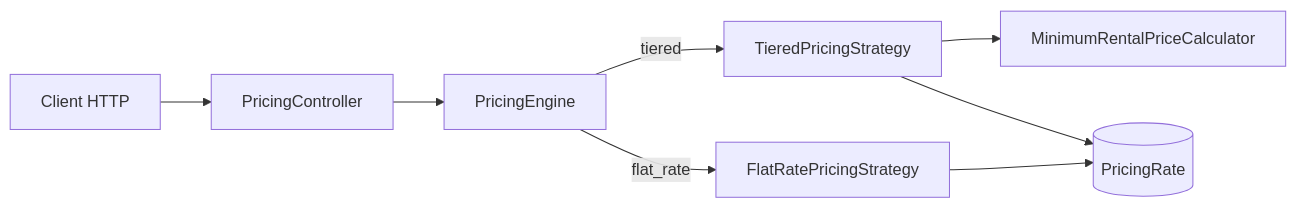
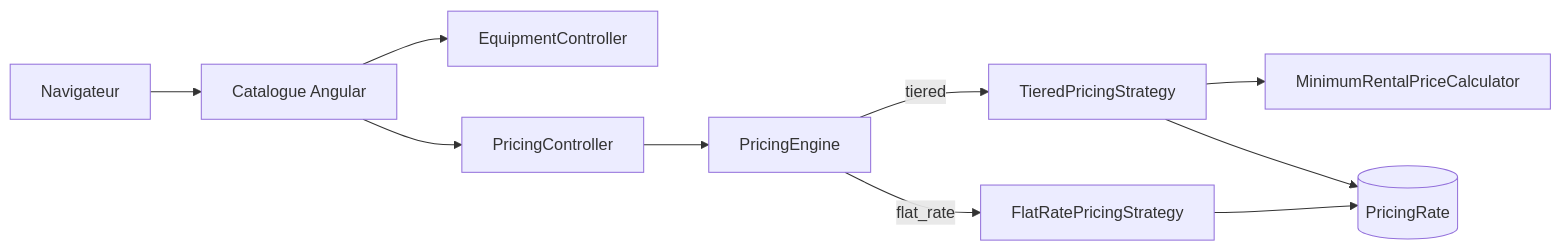
Before and after one commit to nicolasstrady/RentalPricingEngine: the diagram in README.md, drawn with Mermaid. The commit also changed other lines of this file and 45 other files, not shown here.

Commit message:
feat(frontend): add Angular rental catalogue

````diff
--- a/README.md
+++ b/README.md
@@ -112,10 +138,12 @@
 ```mermaid
 flowchart LR
-    Client[Client HTTP] --> Controller[PricingController]
+    Browser[Navigateur] --> Angular[Catalogue Angular]
+    Angular --> EquipmentController[EquipmentController]
+    Angular --> Controller[PricingController]
     Controller --> Engine[PricingEngine]
     Engine -->|tiered| Tiered[TieredPricingStrategy]
     Engine -->|flat_rate| Flat[FlatRatePricingStrategy]
     Tiered --> Calculator[MinimumRentalPriceCalculator]
     Tiered --> Rates[(PricingRate)]
     Flat --> Rates
 ```
````
